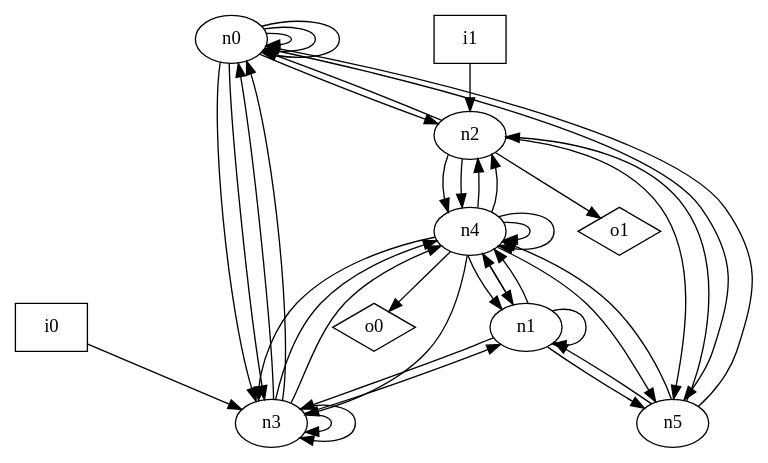
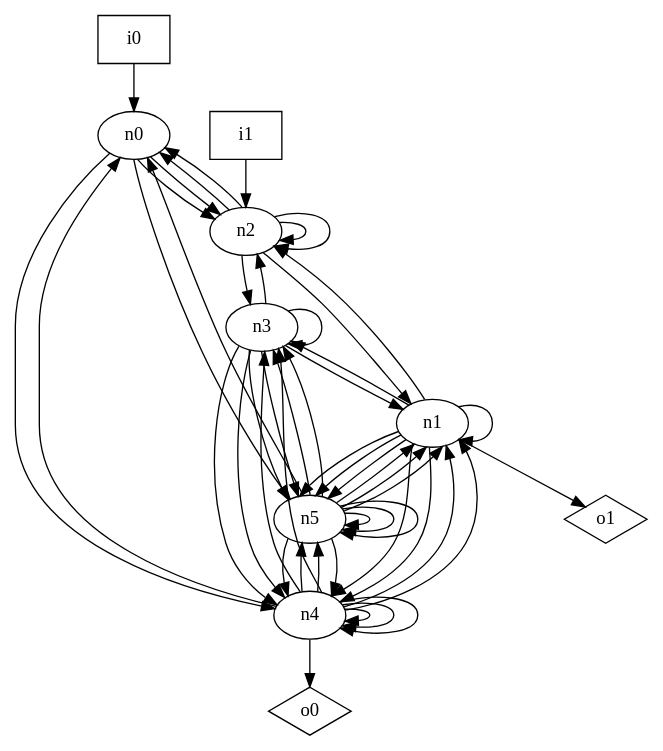
The diagram in dot_files/random_graph/undirected_graph.dot (p9romain/bool-circuits), drawn with Graphviz before and after one commit. The commit also changed 84 other files, not shown here.

```diff
--- a/dot_files/random_graph/undirected_graph.dot
+++ b/dot_files/random_graph/undirected_graph.dot
@@ -1,52 +1,62 @@
 digraph G {
 n0 [label="n0"];
 n1 [label="n1"];
 n2 [label="n2"];
 n3 [label="n3"];
 n4 [label="n4"];
 n5 [label="n5"];
 n6 [label="i0",shape="box"];
 n7 [label="i1",shape="box"];
 n8 [label="o0",shape="diamond"];
 n9 [label="o1",shape="diamond"];
-n0 -> n0
-n0 -> n0
-n0 -> n0
 n0 -> n2
-n0 -> n3
-n0 -> n3
+n0 -> n2
+n0 -> n4
 n0 -> n5
 n1 -> n1
+n1 -> n2
 n1 -> n3
 n1 -> n4
 n1 -> n4
 n1 -> n5
+n1 -> n5
+n1 -> n5
+n1 -> n9
 n2 -> n0
-n2 -> n4
-n2 -> n4
-n2 -> n5
-n2 -> n9
-n3 -> n0
-n3 -> n0
+n2 -> n0
+n2 -> n1
+n2 -> n2
+n2 -> n2
+n2 -> n3
 n3 -> n1
-n3 -> n3
+n3 -> n2
 n3 -> n3
 n3 -> n4
 n3 -> n4
+n3 -> n5
+n3 -> n5
+n4 -> n0
 n4 -> n1
 n4 -> n1
-n4 -> n2
-n4 -> n2
 n4 -> n3
 n4 -> n3
 n4 -> n4
 n4 -> n4
+n4 -> n4
+n4 -> n5
 n4 -> n5
 n4 -> n8
 n5 -> n0
 n5 -> n1
-n5 -> n2
+n5 -> n1
+n5 -> n1
+n5 -> n3
+n5 -> n3
 n5 -> n4
-n6 -> n3
+n5 -> n4
+n5 -> n5
+n5 -> n5
+n5 -> n5
+n6 -> n0
 n7 -> n2
 }
```
